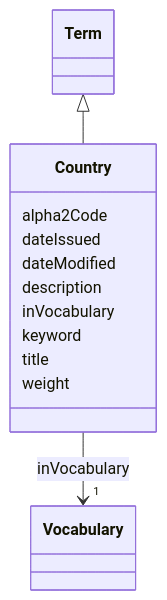
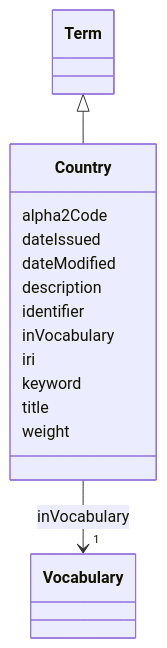
The diagram in models/docs/Country.md (EVORA-project/evora-ontology), drawn with Mermaid before and after one commit. The commit also changed other lines of this file and 391 other files, not shown here.

````diff
--- a/models/docs/Country.md
+++ b/models/docs/Country.md
@@ -19,32 +19,36 @@
 ```mermaid
  classDiagram
     class Country
     click Country href "../Country"
       Term <|-- Country
         click Term href "../Term"
       
       Country : alpha2Code
         
       Country : dateIssued
         
       Country : dateModified
         
       Country : description
         
+      Country : identifier
+        
       Country : inVocabulary
         
           
     
     
     Country --> "1" Vocabulary : inVocabulary
     click Vocabulary href "../Vocabulary"
 
         
+      Country : iri
+        
       Country : keyword
         
       Country : title
         
       Country : weight
         
       
 ```
````
